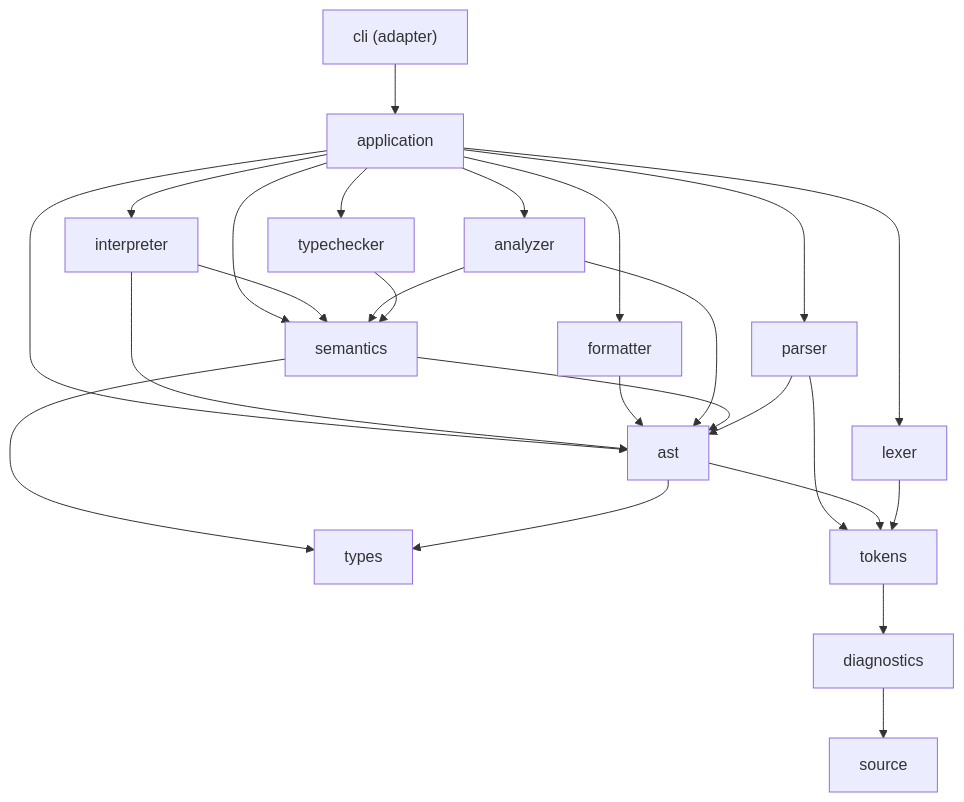
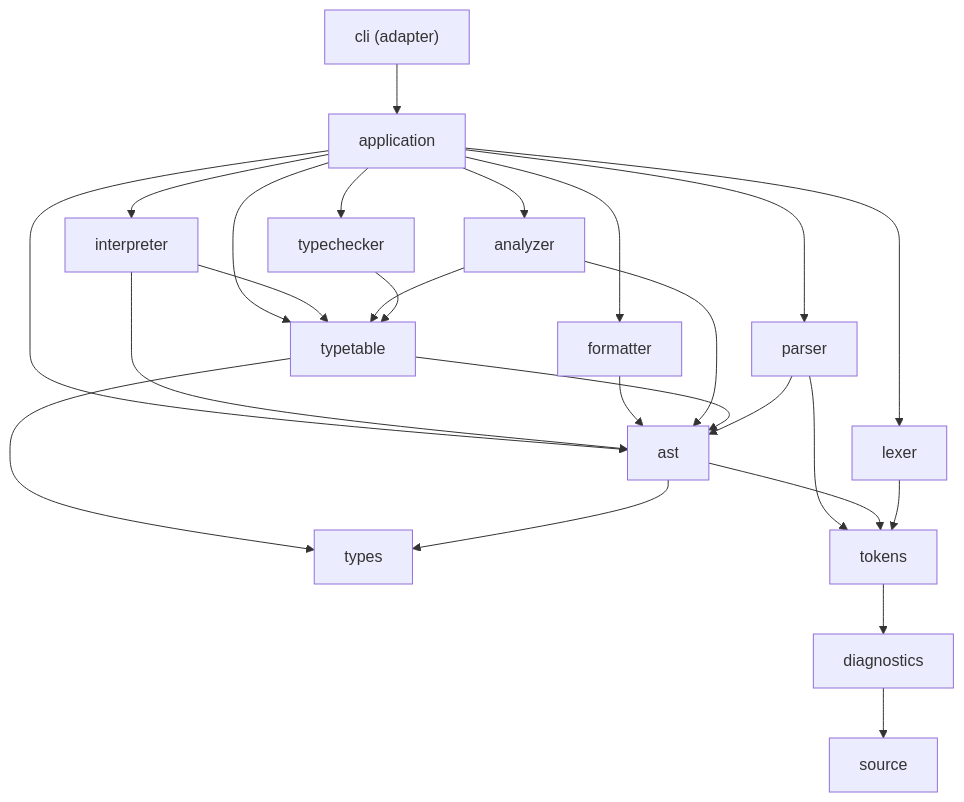
The first of 3 diagrams in docs/architecture.md (GarroteSantiago/printscript), drawn with Mermaid before and after one commit. The commit also changed other lines of this file and 47 other files, not shown here.

First line of the commit message:
refactor(typetable): rename semantics module to typetable

````diff
--- a/docs/architecture.md
+++ b/docs/architecture.md
@@ -36,27 +36,27 @@
 ```mermaid
 graph TD
     cli["cli (adapter)"] --> application
     application --> formatter
     application --> analyzer
     application --> interpreter
     application --> lexer
     application --> ast
     application --> parser
-    application --> semantics
+    application --> typetable
     application --> typechecker
     interpreter --> ast
-    interpreter --> semantics
+    interpreter --> typetable
     formatter --> ast
     analyzer --> ast
-    analyzer --> semantics
-    typechecker --> semantics
-    semantics --> ast
-    semantics --> types
+    analyzer --> typetable
+    typechecker --> typetable
+    typetable --> ast
+    typetable --> types
     parser --> ast
     parser --> tokens
     ast --> tokens
     ast --> types
     lexer --> tokens
     tokens --> diagnostics
     diagnostics --> source
 ```
````
